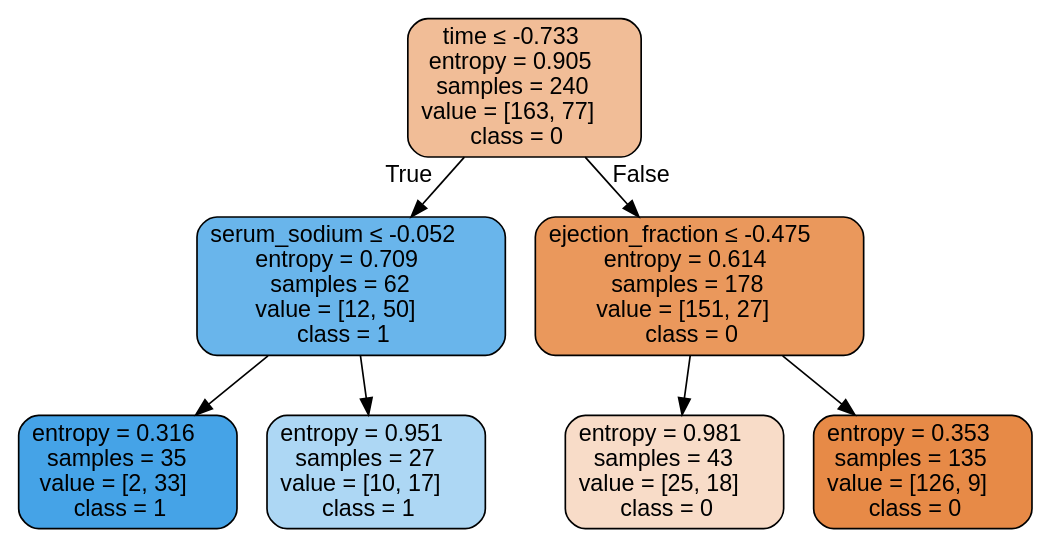
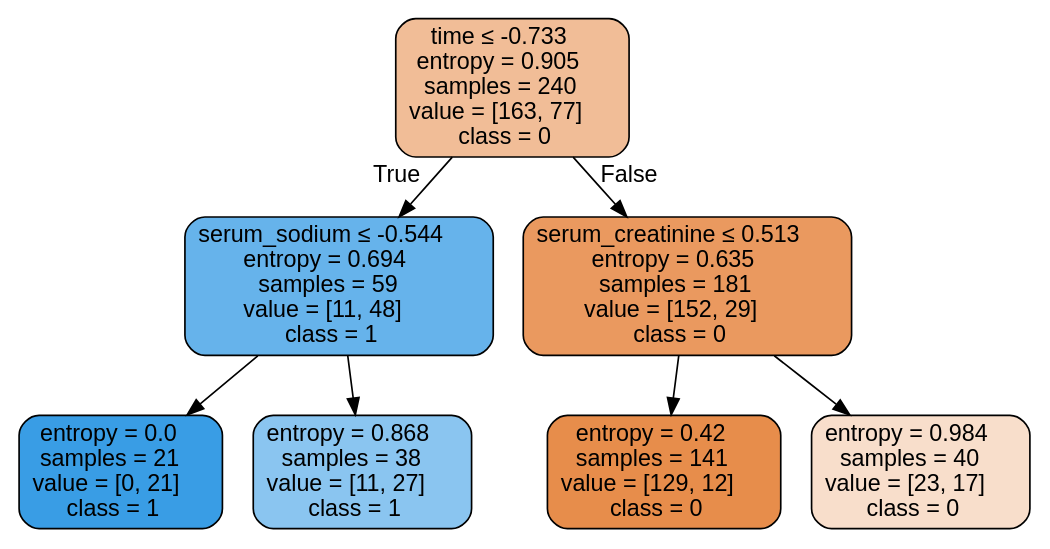
Before and after one commit to isabelSoares/CD-2021: the diagram in Labs/NewClassifiers/Results/DecisionTrees/Original/ - No Outliers & Scaling/HFCR - Original - dtree.dot, drawn with Graphviz. The commit also changed 275 other files, not shown here.

```diff
--- a/Labs/NewClassifiers/Results/DecisionTrees/Original/ - No Outliers & Scaling/HFCR - Original - dtree.dot
+++ b/Labs/NewClassifiers/Results/DecisionTrees/Original/ - No Outliers & Scaling/HFCR - Original - dtree.dot
@@ -1,17 +1,17 @@
 digraph Tree {
 node [shape=box, style="filled, rounded", color="black", fontname=helvetica] ;
 edge [fontname=helvetica] ;
 0 [label=<time &le; -0.733<br/>entropy = 0.905<br/>samples = 240<br/>value = [163, 77]<br/>class = 0>, fillcolor="#f1bd97"] ;
-1 [label=<serum_sodium &le; -0.052<br/>entropy = 0.709<br/>samples = 62<br/>value = [12, 50]<br/>class = 1>, fillcolor="#69b5eb"] ;
+1 [label=<serum_sodium &le; -0.544<br/>entropy = 0.694<br/>samples = 59<br/>value = [11, 48]<br/>class = 1>, fillcolor="#66b3eb"] ;
 0 -> 1 [labeldistance=2.5, labelangle=45, headlabel="True"] ;
-2 [label=<entropy = 0.316<br/>samples = 35<br/>value = [2, 33]<br/>class = 1>, fillcolor="#45a3e7"] ;
+2 [label=<entropy = 0.0<br/>samples = 21<br/>value = [0, 21]<br/>class = 1>, fillcolor="#399de5"] ;
 1 -> 2 ;
-3 [label=<entropy = 0.951<br/>samples = 27<br/>value = [10, 17]<br/>class = 1>, fillcolor="#add7f4"] ;
+3 [label=<entropy = 0.868<br/>samples = 38<br/>value = [11, 27]<br/>class = 1>, fillcolor="#8ac5f0"] ;
 1 -> 3 ;
-4 [label=<ejection_fraction &le; -0.475<br/>entropy = 0.614<br/>samples = 178<br/>value = [151, 27]<br/>class = 0>, fillcolor="#ea985c"] ;
+4 [label=<serum_creatinine &le; 0.513<br/>entropy = 0.635<br/>samples = 181<br/>value = [152, 29]<br/>class = 0>, fillcolor="#ea995f"] ;
 0 -> 4 [labeldistance=2.5, labelangle=-45, headlabel="False"] ;
-5 [label=<entropy = 0.981<br/>samples = 43<br/>value = [25, 18]<br/>class = 0>, fillcolor="#f8dcc8"] ;
+5 [label=<entropy = 0.42<br/>samples = 141<br/>value = [129, 12]<br/>class = 0>, fillcolor="#e78d4b"] ;
 4 -> 5 ;
-6 [label=<entropy = 0.353<br/>samples = 135<br/>value = [126, 9]<br/>class = 0>, fillcolor="#e78a47"] ;
+6 [label=<entropy = 0.984<br/>samples = 40<br/>value = [23, 17]<br/>class = 0>, fillcolor="#f8decb"] ;
 4 -> 6 ;
 }
```
